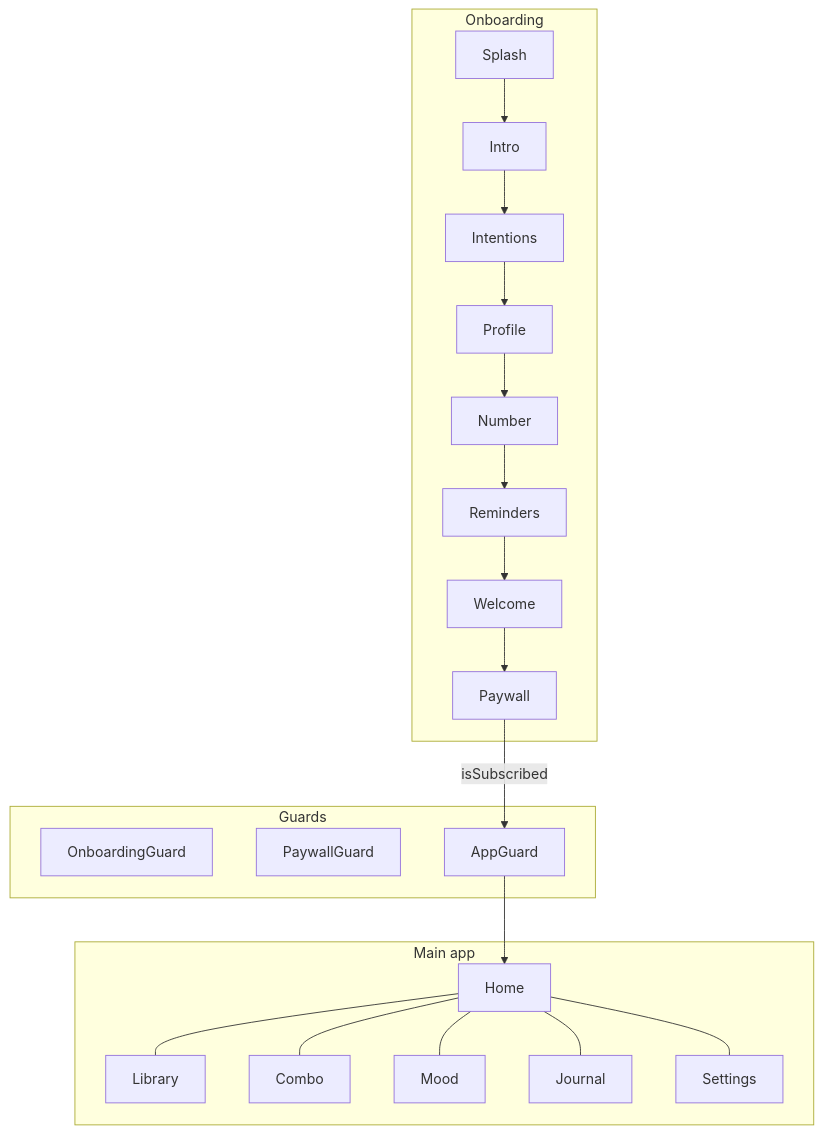
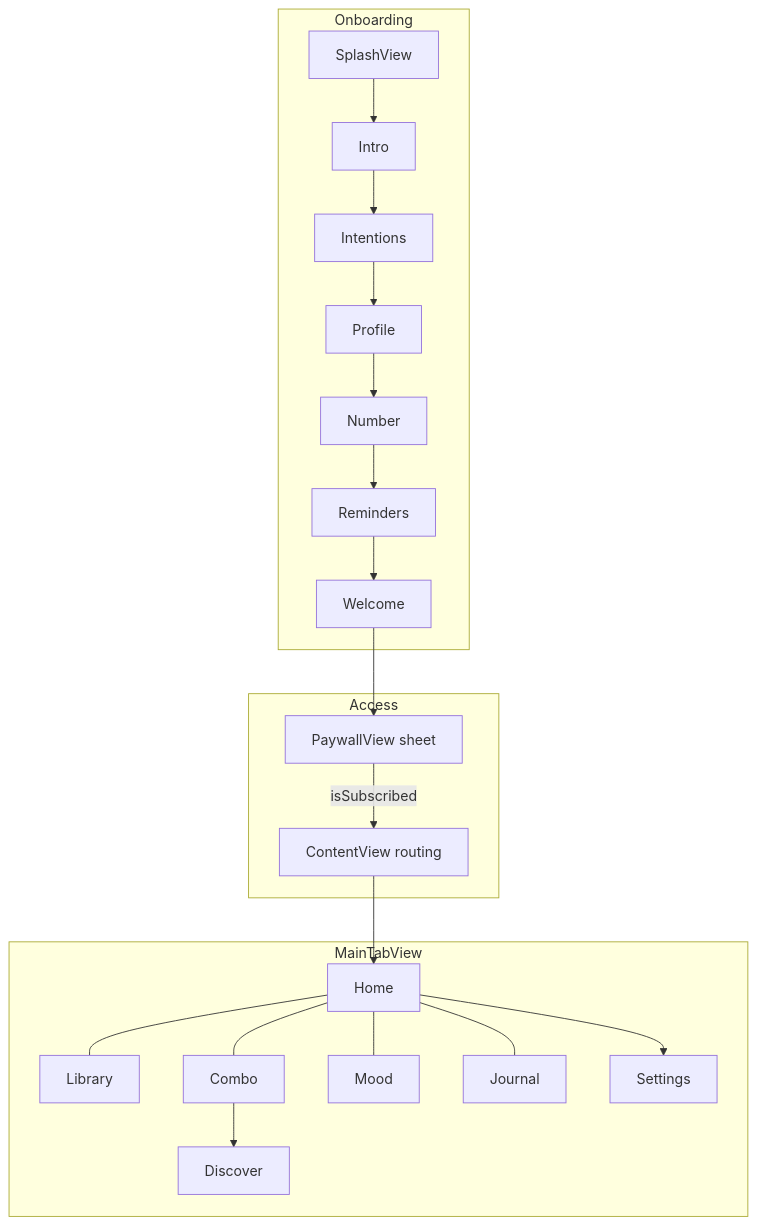
The first of 2 diagrams in plot.md (schatrath100/lumyn), drawn with Mermaid before and after one commit. The commit also changed other lines of this file and 22 other files, not shown here.

````diff
--- a/plot.md
+++ b/plot.md
@@ -7,33 +7,35 @@
 ```mermaid
 flowchart TD
   subgraph onboarding [Onboarding]
-    S1[Splash]
+    S1[SplashView]
     S2[Intro]
     S3[Intentions]
     S4[Profile]
     S5[Number]
     S6[Reminders]
     S7[Welcome]
-    S8[Paywall]
-    S1 --> S2 --> S3 --> S4 --> S5 --> S6 --> S7 --> S8
+    S1 --> S2 --> S3 --> S4 --> S5 --> S6 --> S7
   end
 
-  subgraph gates [Guards]
-    OG[OnboardingGuard]
-    PG[PaywallGuard]
-    AG[AppGuard]
+  subgraph gates [Access]
+    PW[PaywallView sheet]
+    CV[ContentView routing]
   end
 
-  subgraph app [Main app]
+  subgraph app [MainTabView]
     H[Home]
     L[Library]
     C[Combo]
     M[Mood]
     J[Journal]
     ST[Settings]
+    DC[Discover]
   end
 
-  S8 -->|isSubscribed| AG
-  AG --> H
-  H --- L & C & M & J & ST
+  S7 --> PW
+  PW -->|isSubscribed| CV
+  CV --> H
+  H --- L & C & M & J
+  H --> ST
+  C --> DC
 ```
````
